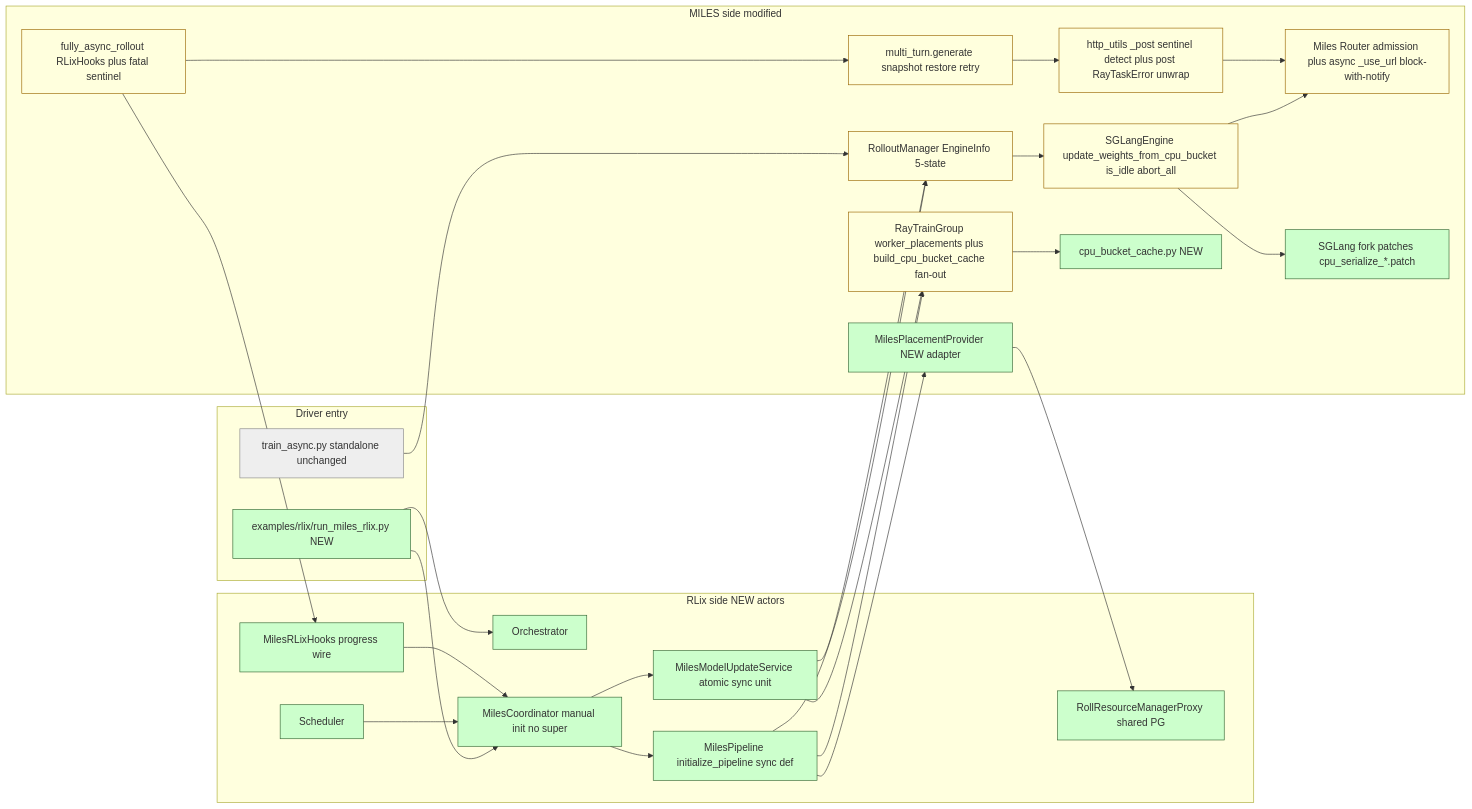
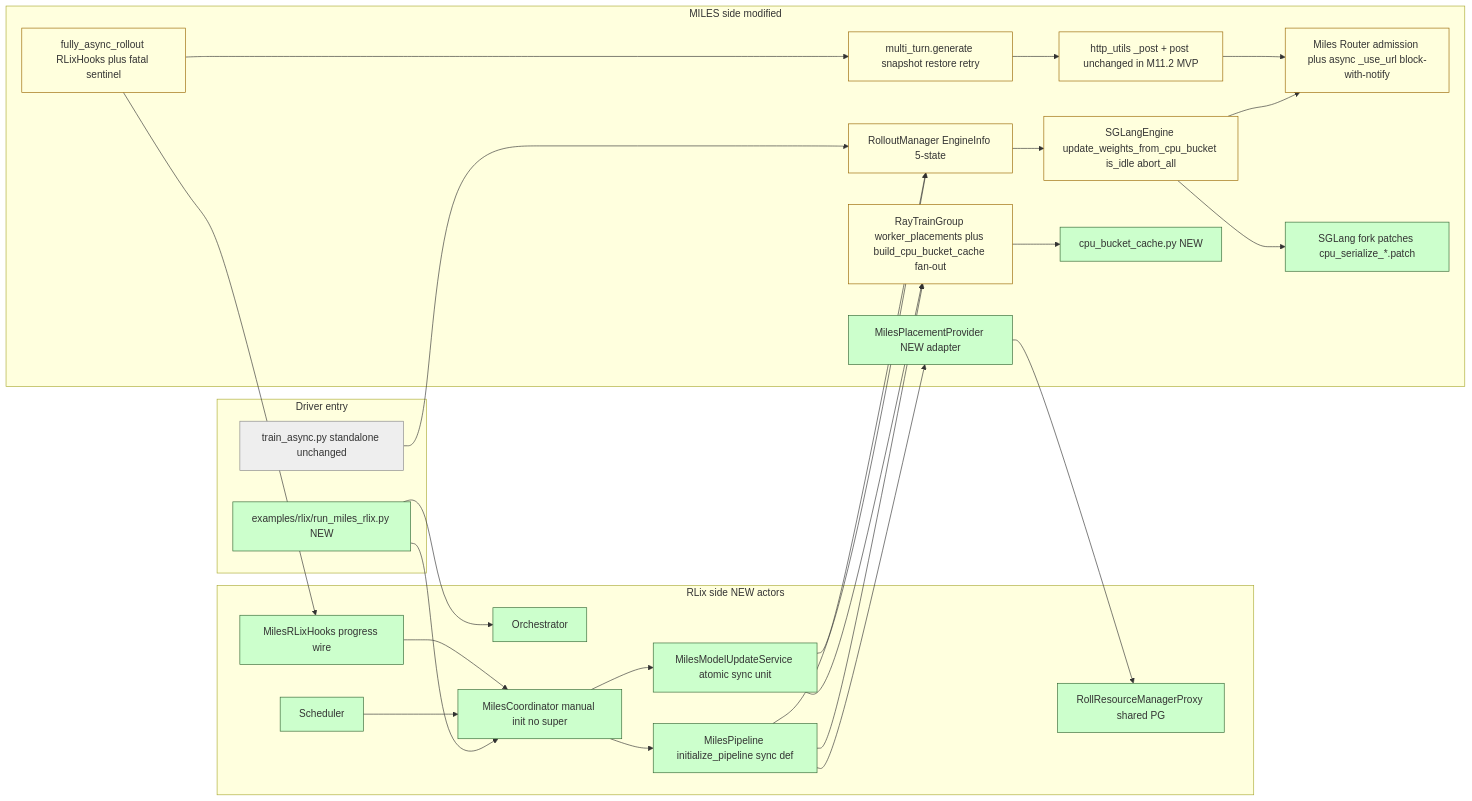
The first of 6 diagrams in plans/miles-port-unified-plan.tldr.md (rlops/rlix), drawn with Mermaid before and after one commit. The commit also changed other lines of this file and 1 other file, not shown here.

````diff
--- a/plans/miles-port-unified-plan.tldr.md
+++ b/plans/miles-port-unified-plan.tldr.md
@@ -151,59 +151,59 @@
 ```mermaid
 flowchart LR
   subgraph Driver[Driver entry]
     Std[train_async.py standalone unchanged]
     Rlix[examples/rlix/run_miles_rlix.py NEW]
   end
 
   subgraph RLixSide[RLix side NEW actors]
     Orch[Orchestrator]
     Sched[Scheduler]
     Coord[MilesCoordinator manual init no super]
     Pipe[MilesPipeline initialize_pipeline sync def]
     Service[MilesModelUpdateService atomic sync unit]
     Hooks[MilesRLixHooks progress wire]
     Proxy[RollResourceManagerProxy shared PG]
   end
 
   subgraph MilesSide[MILES side modified]
     Provider[MilesPlacementProvider NEW adapter]
     RM[RolloutManager EngineInfo 5-state]
     SE[SGLangEngine update_weights_from_cpu_bucket is_idle abort_all]
     Router[Miles Router admission plus async _use_url block-with-notify]
-    HttpUtil[http_utils _post sentinel detect plus post RayTaskError unwrap]
+    HttpUtil[http_utils _post + post unchanged in M11.2 MVP]
     MT[multi_turn.generate snapshot restore retry]
     FA[fully_async_rollout RLixHooks plus fatal sentinel]
     TG[RayTrainGroup worker_placements plus build_cpu_bucket_cache fan-out]
     Cache[cpu_bucket_cache.py NEW]
     Patch[SGLang fork patches cpu_serialize_*.patch]
   end
 
   Std --> RM
   Rlix --> Orch
   Rlix --> Coord
   Coord --> Pipe
   Pipe --> Provider
   Provider --> Proxy
   Pipe --> TG
   Pipe --> RM
   Coord --> Service
   Sched --> Coord
   Service --> TG
   Service --> RM
   RM --> SE
   SE --> Router
   MT --> HttpUtil
   HttpUtil --> Router
   FA --> MT
   FA --> Hooks
   Hooks --> Coord
   TG --> Cache
   SE --> Patch
 
   classDef stable fill:#eee,stroke:#888
   classDef new fill:#cfc,stroke:#363
   classDef mod fill:#ffd,stroke:#960
   class Std stable
   class Rlix,Orch,Sched,Coord,Pipe,Service,Hooks,Proxy,Provider,Cache,Patch new
   class RM,SE,Router,HttpUtil,MT,FA,TG mod
 ```
````
